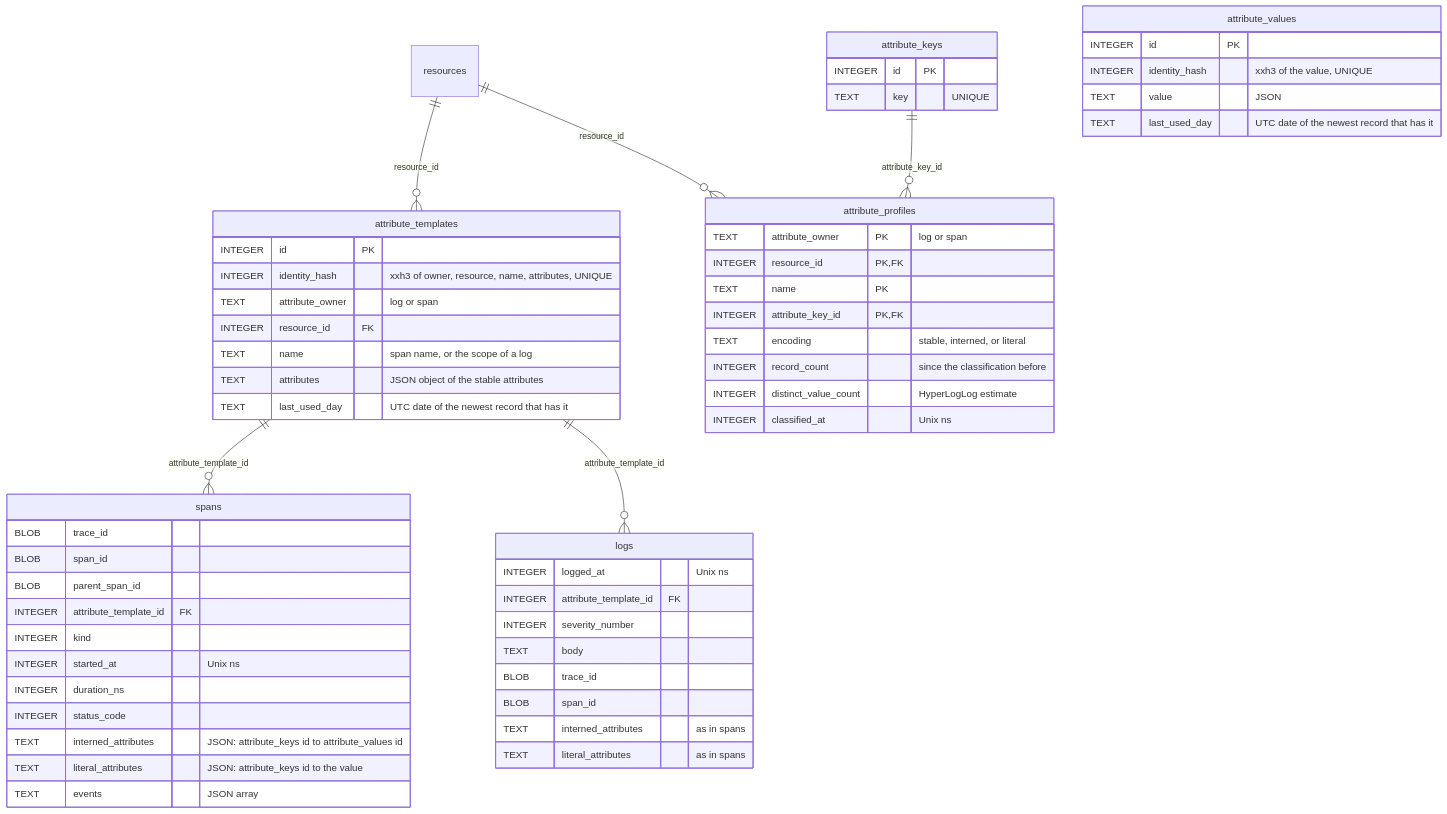
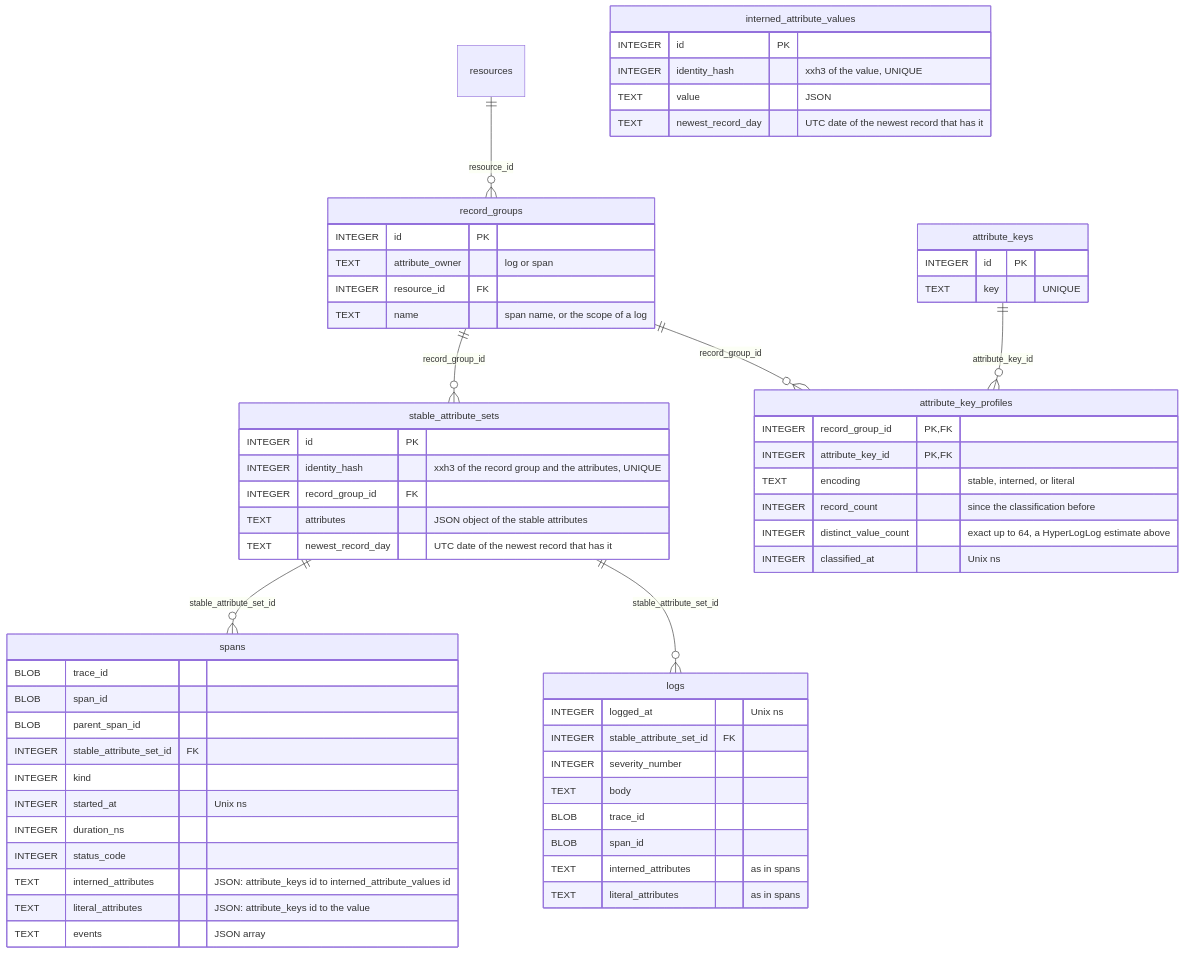
Before and after one commit to sukovanej/otelo: the diagram in tasks/00030-store-the-attributes-of-logs-and.md, drawn with Mermaid. The commit also changed other lines of this file, not shown here.

````diff
--- a/tasks/00030-store-the-attributes-of-logs-and.md
+++ b/tasks/00030-store-the-attributes-of-logs-and.md
@@ -42,61 +42,64 @@
 ```mermaid
 erDiagram
-  resources ||--o{ attribute_templates : "resource_id"
-  attribute_templates ||--o{ spans : "attribute_template_id"
-  attribute_templates ||--o{ logs : "attribute_template_id"
-  attribute_keys ||--o{ attribute_profiles : "attribute_key_id"
-  resources ||--o{ attribute_profiles : "resource_id"
+  resources ||--o{ record_groups : "resource_id"
+  record_groups ||--o{ stable_attribute_sets : "record_group_id"
+  record_groups ||--o{ attribute_key_profiles : "record_group_id"
+  attribute_keys ||--o{ attribute_key_profiles : "attribute_key_id"
+  stable_attribute_sets ||--o{ spans : "stable_attribute_set_id"
+  stable_attribute_sets ||--o{ logs : "stable_attribute_set_id"
 
   attribute_keys {
     INTEGER id PK
     TEXT key "UNIQUE"
   }
-  attribute_values {
+  interned_attribute_values {
     INTEGER id PK
     INTEGER identity_hash "xxh3 of the value, UNIQUE"
     TEXT value "JSON"
-    TEXT last_used_day "UTC date of the newest record that has it"
+    TEXT newest_record_day "UTC date of the newest record that has it"
   }
-  attribute_templates {
+  record_groups {
     INTEGER id PK
-    INTEGER identity_hash "xxh3 of owner, resource, name, attributes, UNIQUE"
     TEXT attribute_owner "log or span"
     INTEGER resource_id FK
     TEXT name "span name, or the scope of a log"
+  }
+  stable_attribute_sets {
+    INTEGER id PK
+    INTEGER identity_hash "xxh3 of the record group and the attributes, UNIQUE"
+    INTEGER record_group_id FK
     TEXT attributes "JSON object of the stable attributes"
-    TEXT last_used_day "UTC date of the newest record that has it"
+    TEXT newest_record_day "UTC date of the newest record that has it"
   }
-  attribute_profiles {
-    TEXT attribute_owner PK "log or span"
-    INTEGER resource_id PK,FK
-    TEXT name PK
+  attribute_key_profiles {
+    INTEGER record_group_id PK,FK
     INTEGER attribute_key_id PK,FK
     TEXT encoding "stable, interned, or literal"
     INTEGER record_count "since the classification before"
-    INTEGER distinct_value_count "HyperLogLog estimate"
+    INTEGER distinct_value_count "exact up to 64, a HyperLogLog estimate above"
     INTEGER classified_at "Unix ns"
   }
   spans {
     BLOB trace_id
     BLOB span_id
     BLOB parent_span_id
-    INTEGER attribute_template_id FK
+    INTEGER stable_attribute_set_id FK
     INTEGER kind
     INTEGER started_at "Unix ns"
     INTEGER duration_ns
     INTEGER status_code
-    TEXT interned_attributes "JSON: attribute_keys id to attribute_values id"
+    TEXT interned_attributes "JSON: attribute_keys id to interned_attribute_values id"
     TEXT literal_attributes "JSON: attribute_keys id to the value"
     TEXT events "JSON array"
   }
   logs {
     INTEGER logged_at "Unix ns"
-    INTEGER attribute_template_id FK
+    INTEGER stable_attribute_set_id FK
     INTEGER severity_number
     TEXT body
     BLOB trace_id
     BLOB span_id
     TEXT interned_attributes "as in spans"
     TEXT literal_attributes "as in spans"
   }
 ```
````
